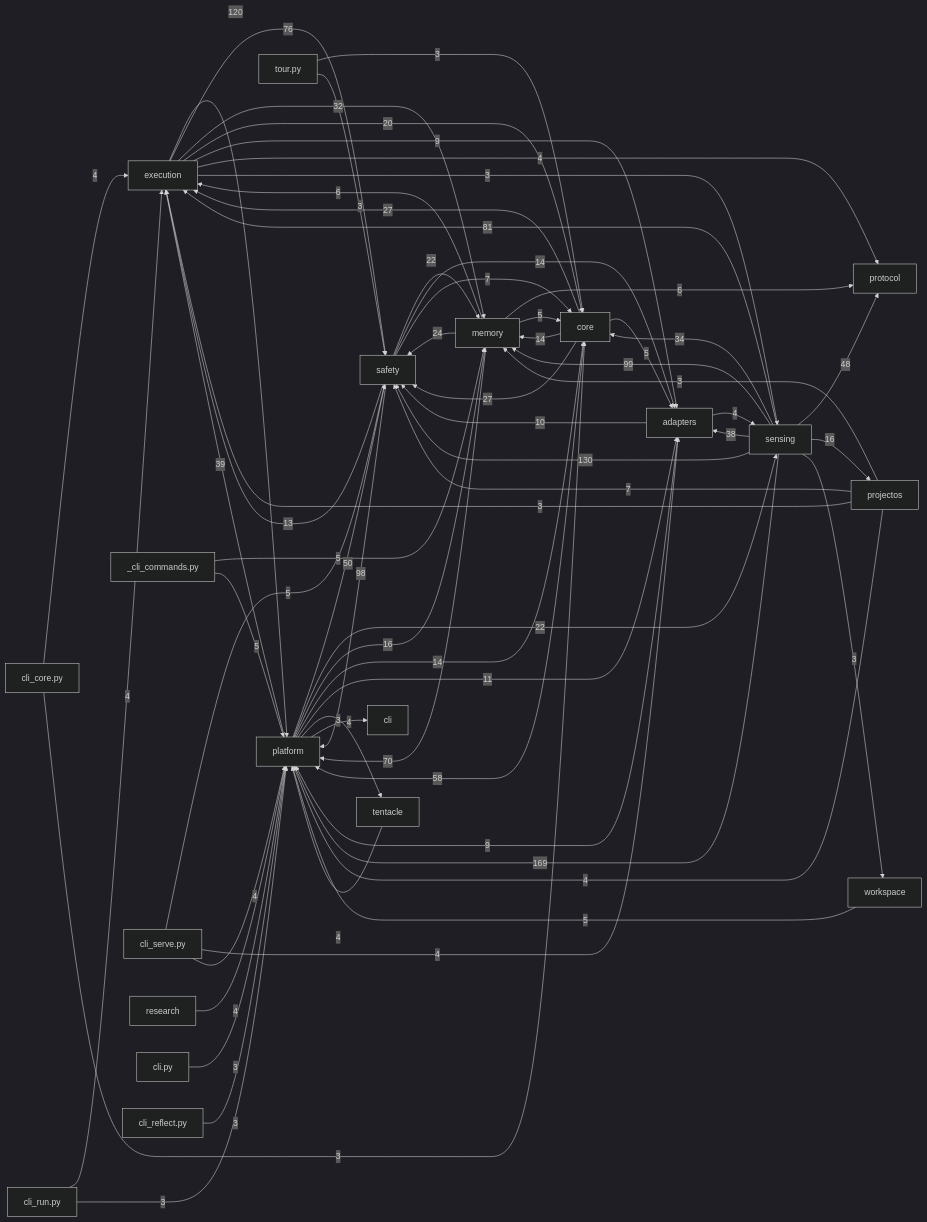
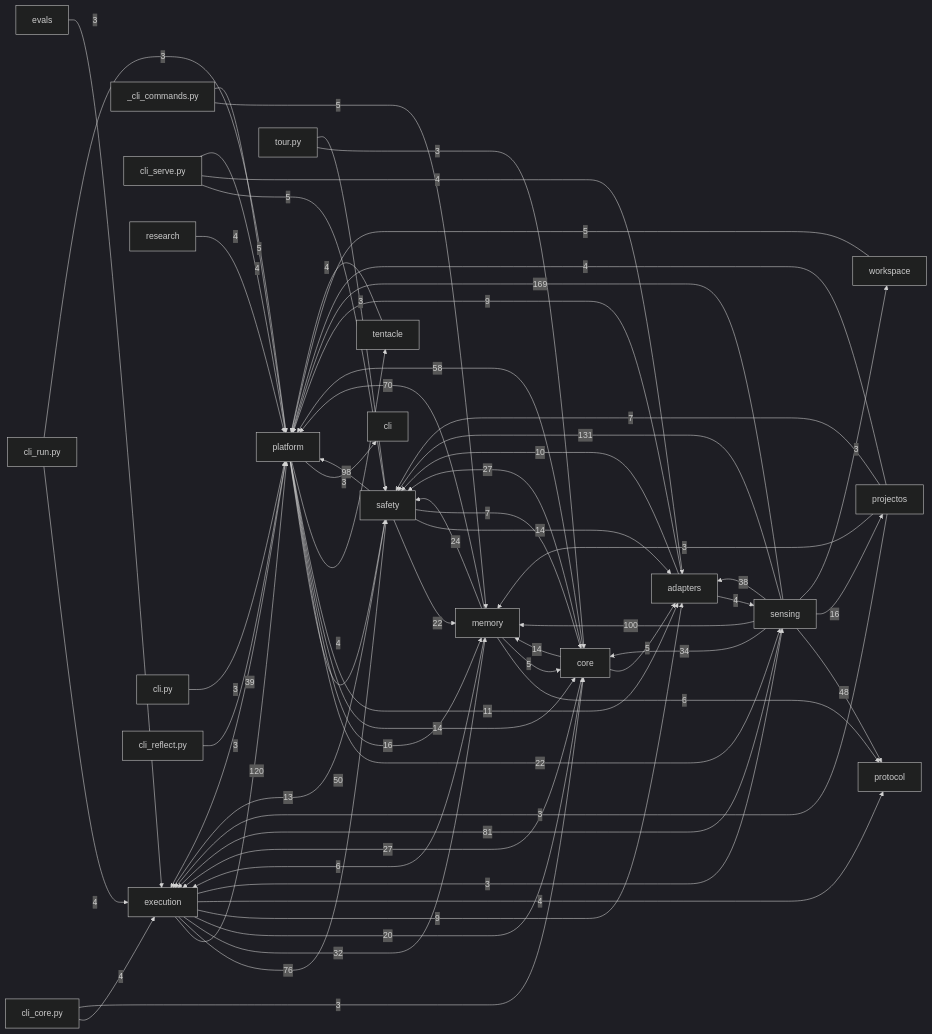
Before and after one commit to dengdenghua/octopus-agent: the diagram in docs/auto/20-backend/index.md, drawn with Mermaid (dark theme). The commit also changed 110 other files, not shown here.

````diff
--- a/docs/auto/20-backend/index.md
+++ b/docs/auto/20-backend/index.md
@@ -26,72 +26,73 @@
 ```mermaid
 graph LR
   execution[execution]
   core[core]
   safety[safety]
   memory[memory]
   sensing[sensing]
   adapters[adapters]
   platform[platform]
   sensing -- 169 --> platform
-  sensing -- 130 --> safety
+  sensing -- 131 --> safety
   execution -- 120 --> platform
-  sensing -- 99 --> memory
+  sensing -- 100 --> memory
   safety -- 98 --> platform
   sensing -- 81 --> execution
   execution -- 76 --> safety
   memory -- 70 --> platform
   core -- 58 --> platform
   platform -- 50 --> safety
   sensing -- 48 --> protocol
   platform -- 39 --> execution
   sensing -- 38 --> adapters
   sensing -- 34 --> core
   execution -- 32 --> memory
   core -- 27 --> execution
   core -- 27 --> safety
   memory -- 24 --> safety
   platform -- 22 --> sensing
   safety -- 22 --> memory
   execution -- 20 --> core
   platform -- 16 --> memory
   sensing -- 16 --> projectos
   core -- 14 --> memory
   platform -- 14 --> core
   safety -- 14 --> adapters
   safety -- 13 --> execution
   platform -- 11 --> adapters
   adapters -- 10 --> safety
   adapters -- 9 --> platform
   execution -- 9 --> adapters
   projectos -- 7 --> safety
   safety -- 7 --> core
   memory -- 6 --> execution
   memory -- 6 --> protocol
   _cli_commands.py -- 5 --> memory
   _cli_commands.py -- 5 --> platform
   cli_serve.py -- 5 --> safety
   core -- 5 --> adapters
   memory -- 5 --> core
   workspace -- 5 --> platform
   adapters -- 4 --> sensing
   cli_core.py -- 4 --> execution
   cli_run.py -- 4 --> execution
   cli_serve.py -- 4 --> adapters
   cli_serve.py -- 4 --> platform
   execution -- 4 --> protocol
   platform -- 4 --> tentacle
   projectos -- 4 --> platform
   research -- 4 --> platform
   tentacle -- 4 --> platform
   cli.py -- 3 --> platform
   cli_core.py -- 3 --> core
   cli_reflect.py -- 3 --> platform
   cli_run.py -- 3 --> platform
+  evals -- 3 --> execution
   execution -- 3 --> sensing
   platform -- 3 --> cli
   projectos -- 3 --> execution
   projectos -- 3 --> memory
   sensing -- 3 --> workspace
   tour.py -- 3 --> core
   tour.py -- 3 --> safety
 ```
````
